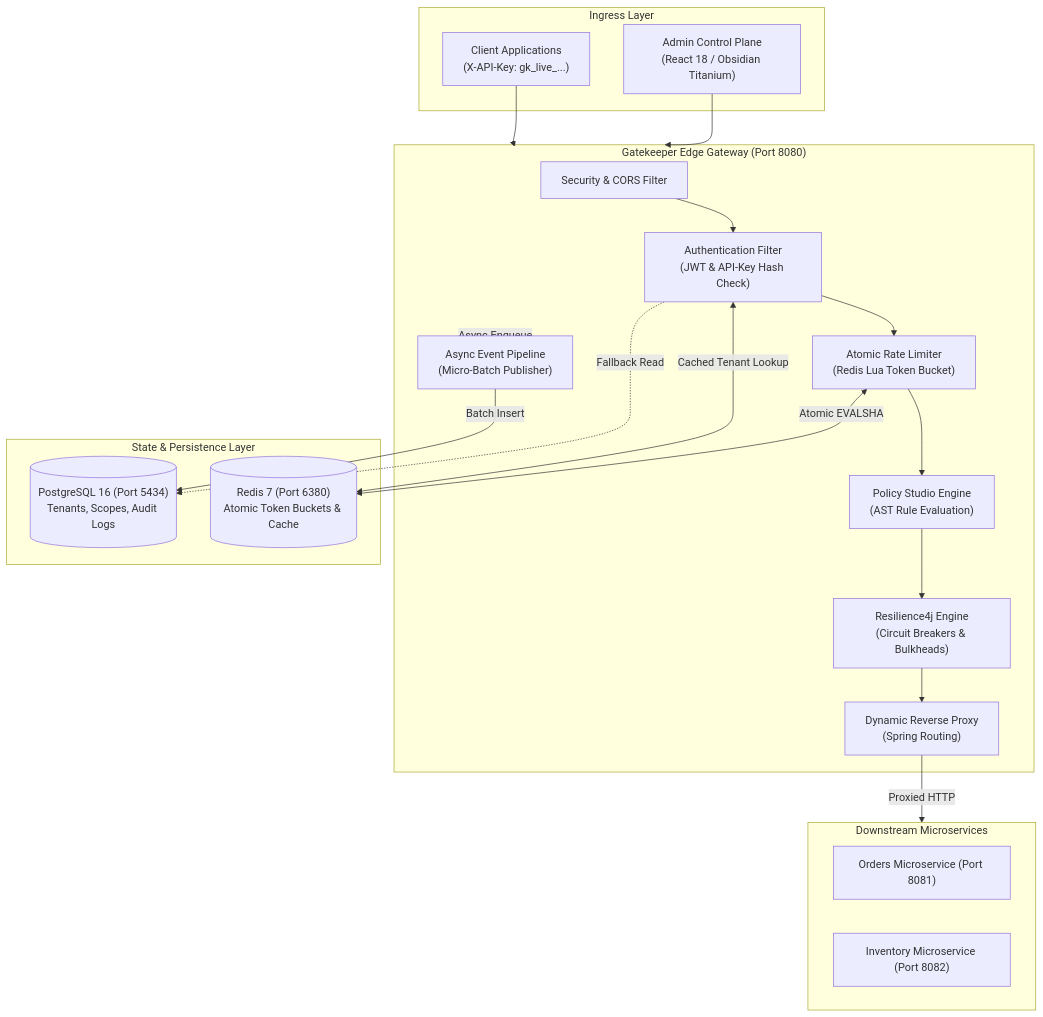
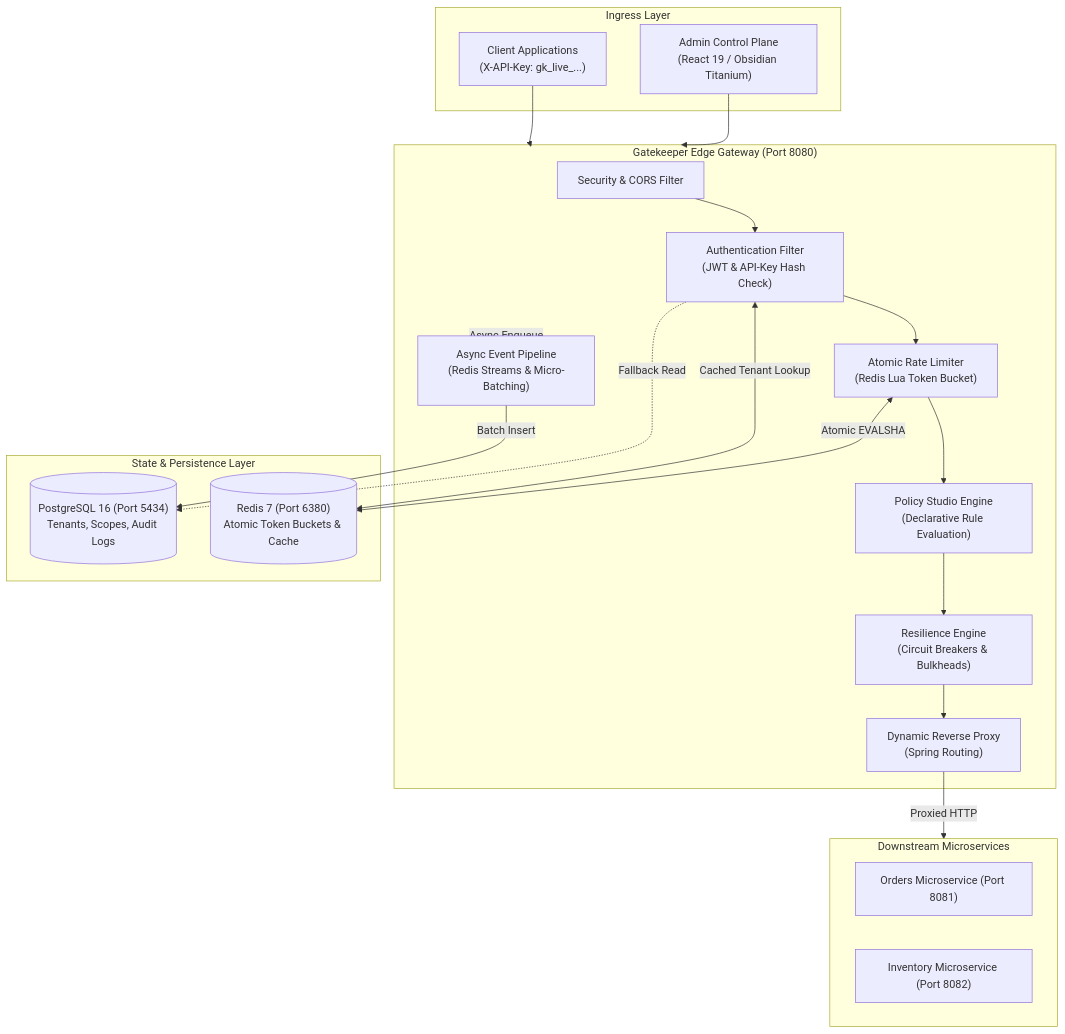
One commit to saipranav22-commits/gatekeeper changed the first of 2 diagrams in README.md. Above: the diagram before and after it, drawn with Mermaid. The commit also changed other lines of this file and 9 other files, not shown here.

````diff
--- a/README.md
+++ b/README.md
@@ -44,44 +44,44 @@
 ```mermaid
 flowchart TD
     subgraph Clients["Ingress Layer"]
         Apps["Client Applications\n(X-API-Key: gk_live_...)"]
-        Browser["Admin Control Plane\n(React 18 / Obsidian Titanium)"]
+        Browser["Admin Control Plane\n(React 19 / Obsidian Titanium)"]
     end
 
     subgraph Gateway["Gatekeeper Edge Gateway (Port 8080)"]
         Cors["Security & CORS Filter"]
         Auth["Authentication Filter\n(JWT & API-Key Hash Check)"]
         Limiter["Atomic Rate Limiter\n(Redis Lua Token Bucket)"]
-        Policy["Policy Studio Engine\n(AST Rule Evaluation)"]
-        Resilience["Resilience4j Engine\n(Circuit Breakers & Bulkheads)"]
+        Policy["Policy Studio Engine\n(Declarative Rule Evaluation)"]
+        Resilience["Resilience Engine\n(Circuit Breakers & Bulkheads)"]
         Proxy["Dynamic Reverse Proxy\n(Spring Routing)"]
-        Telemetry["Async Event Pipeline\n(Micro-Batch Publisher)"]
+        Telemetry["Async Event Pipeline\n(Redis Streams & Micro-Batching)"]
     end
 
     subgraph State["State & Persistence Layer"]
         Redis[("Redis 7 (Port 6380)\nAtomic Token Buckets & Cache")]
         Postgres[("PostgreSQL 16 (Port 5434)\nTenants, Scopes, Audit Logs")]
     end
 
     subgraph Upstream["Downstream Microservices"]
         Orders["Orders Microservice (Port 8081)"]
         Inventory["Inventory Microservice (Port 8082)"]
     end
 
     Apps --> Gateway
     Browser --> Gateway
 
     Cors --> Auth
     Auth --> Limiter
     Limiter --> Policy
     Policy --> Resilience
     Resilience --> Proxy
 
     Limiter <-->|Atomic EVALSHA| Redis
     Auth <-->|Cached Tenant Lookup| Redis
     Auth -.->|Fallback Read| Postgres
     Proxy -->|Proxied HTTP| Upstream
 
     Gateway -.->|Async Enqueue| Telemetry
     Telemetry -->|Batch Insert| Postgres
 ```
````
